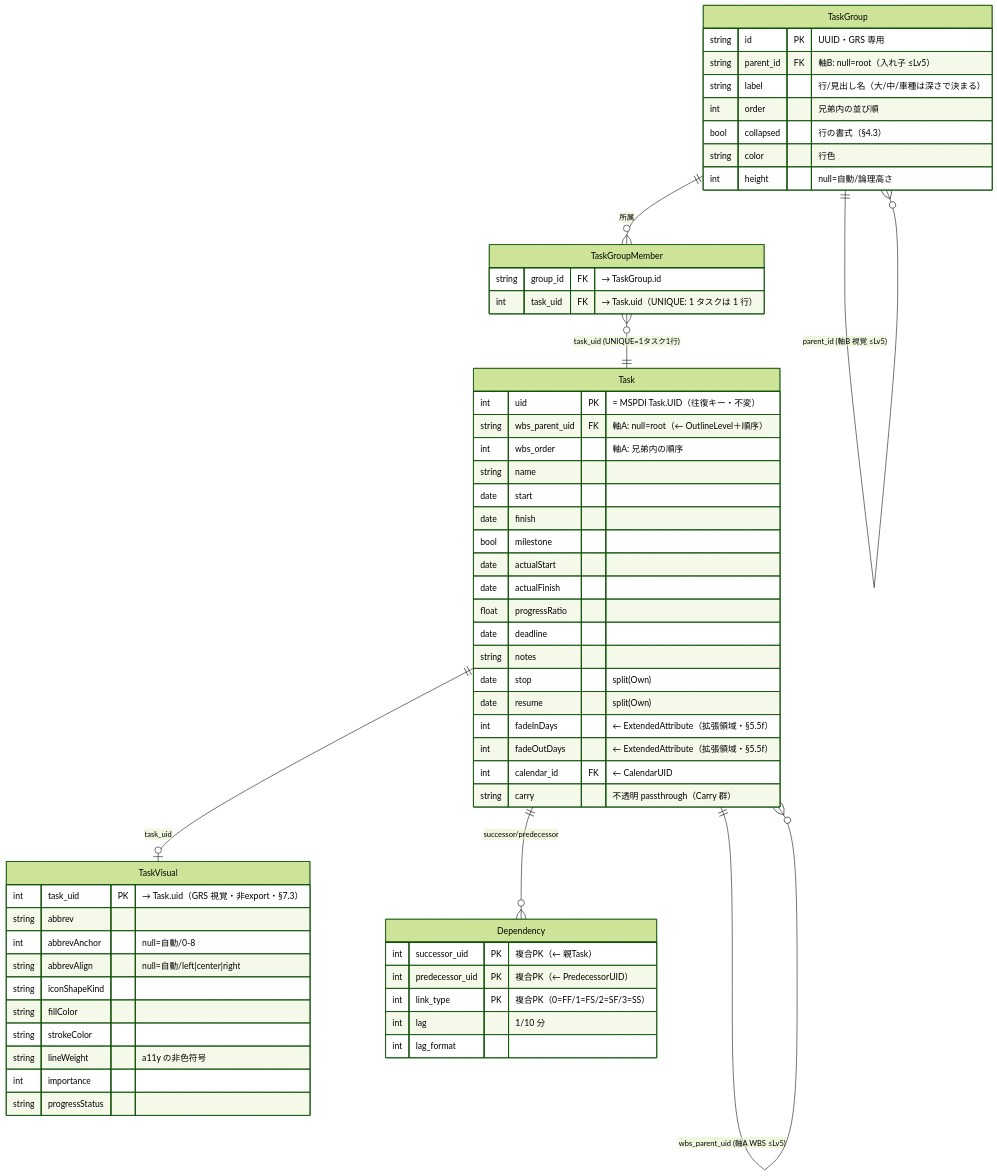
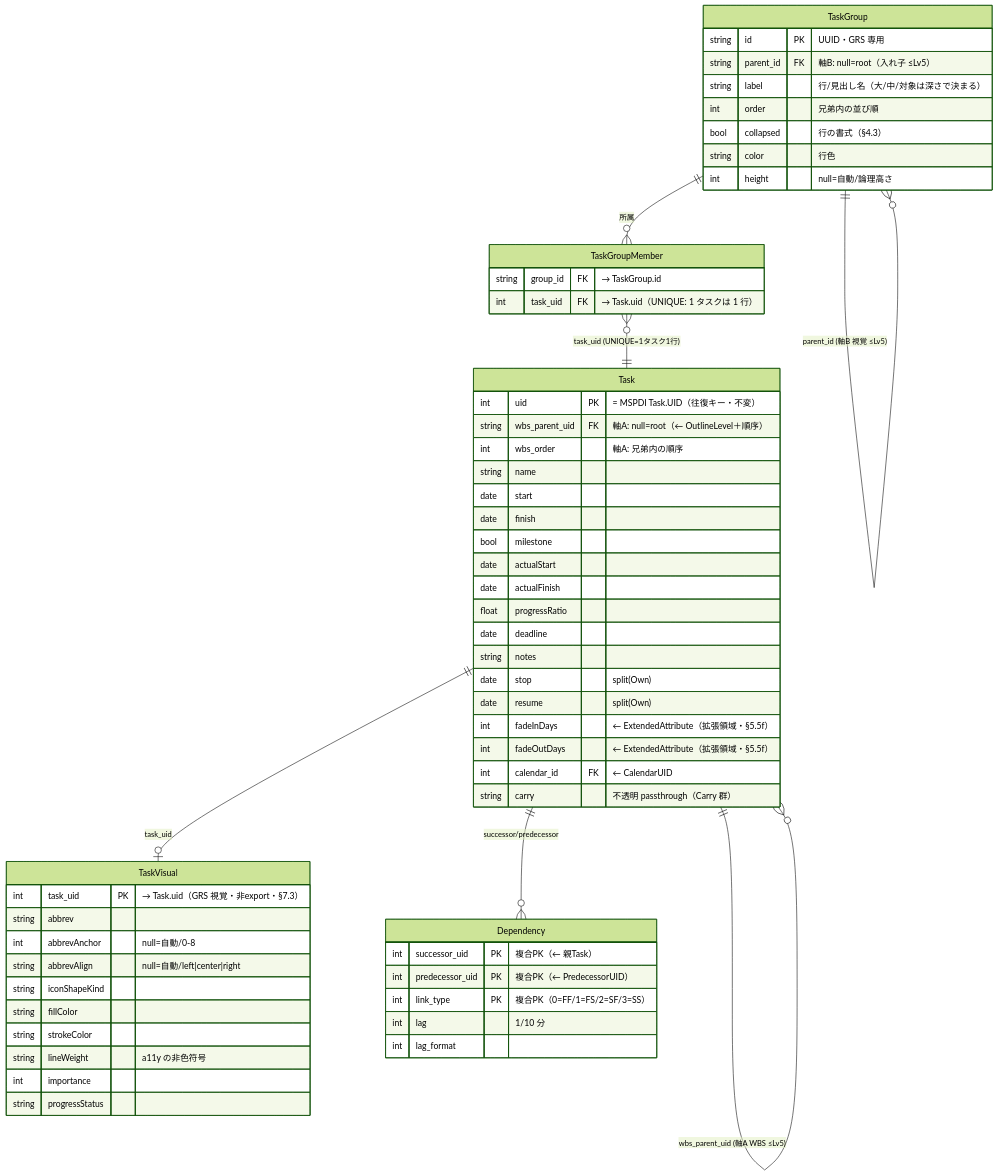
The second of 2 diagrams in handover/02-data-model/grs-data-model-ja.md (GoodRelax/gr-scheduler), drawn with Mermaid (forest theme) before and after one commit. The commit also changed other lines of this file and 9 other files, not shown here.

````diff
--- a/handover/02-data-model/grs-data-model-ja.md
+++ b/handover/02-data-model/grs-data-model-ja.md
@@ -33,62 +35,62 @@
 ```mermaid
 erDiagram
     Task ||--o{ Task : "wbs_parent_uid (軸A WBS ≤Lv5)"
     TaskGroup ||--o{ TaskGroup : "parent_id (軸B 視覚 ≤Lv5)"
     TaskGroup ||--o{ TaskGroupMember : "所属"
     TaskGroupMember }o--|| Task : "task_uid (UNIQUE=1タスク1行)"
     Task ||--o| TaskVisual : "task_uid"
     Task ||--o{ Dependency : "successor/predecessor"
 
     Task {
         int uid PK "= MSPDI Task.UID（往復キー・不変）"
         string wbs_parent_uid FK "軸A: null=root（← OutlineLevel＋順序）"
         int wbs_order "軸A: 兄弟内の順序"
         string name
         date start
         date finish
         bool milestone
         date actualStart
         date actualFinish
         float progressRatio
         date deadline
         string notes
         date stop "split(Own)"
         date resume "split(Own)"
         int fadeInDays "← ExtendedAttribute（拡張領域・§5.5f）"
         int fadeOutDays "← ExtendedAttribute（拡張領域・§5.5f）"
         int calendar_id FK "← CalendarUID"
         string carry "不透明 passthrough（Carry 群）"
     }
     TaskGroup {
         string id PK "UUID・GRS 専用"
         string parent_id FK "軸B: null=root（入れ子 ≤Lv5）"
-        string label "行/見出し名（大/中/車種は深さで決まる）"
+        string label "行/見出し名（大/中/対象は深さで決まる）"
         int order "兄弟内の並び順"
         bool collapsed "行の書式（§4.3）"
         string color "行色"
         int height "null=自動/論理高さ"
     }
     TaskGroupMember {
         string group_id FK "→ TaskGroup.id"
         int task_uid FK "→ Task.uid（UNIQUE: 1 タスクは 1 行）"
     }
     TaskVisual {
         int task_uid PK "→ Task.uid（GRS 視覚・非export・§7.3）"
         string abbrev
         int abbrevAnchor "null=自動/0-8"
         string abbrevAlign "null=自動/left|center|right"
         string iconShapeKind
         string fillColor
         string strokeColor
         string lineWeight "a11y の非色符号"
         int importance
         string progressStatus
     }
     Dependency {
         int successor_uid PK "複合PK（← 親Task）"
         int predecessor_uid PK "複合PK（← PredecessorUID）"
         int link_type PK "複合PK（0=FF/1=FS/2=SF/3=SS）"
         int lag "1/10 分"
         int lag_format
     }
 ```
````
